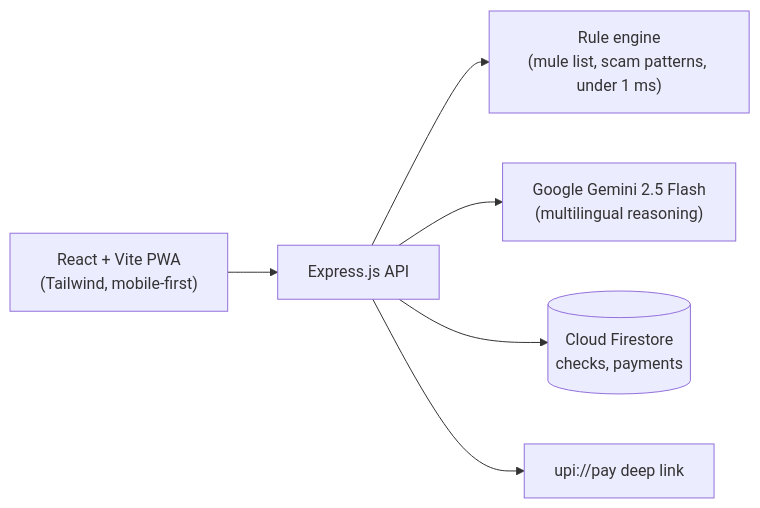
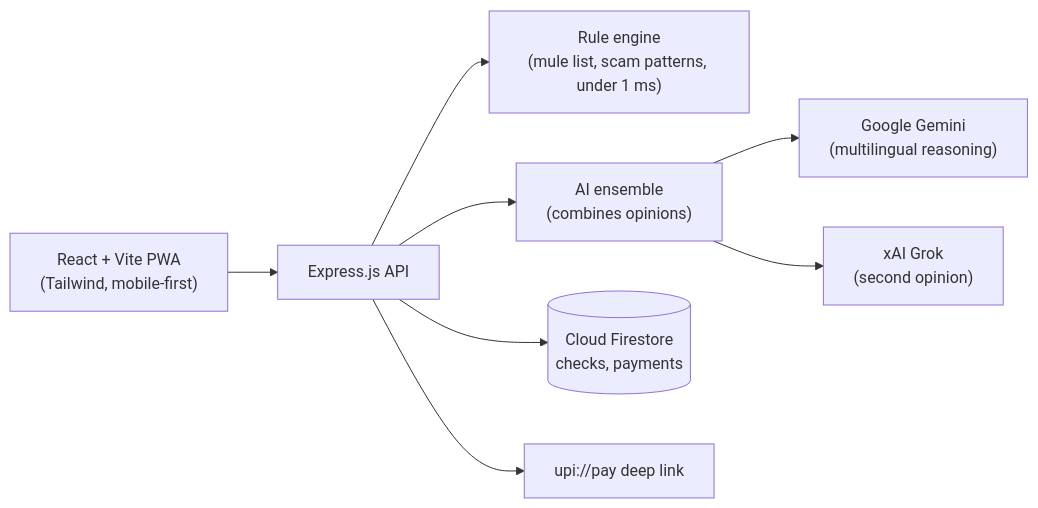
One commit to ratulexe/trustlayer changed the diagram in README.md. Above: the diagram before and after it, drawn with Mermaid. The commit also changed other lines of this file and 11 other files, not shown here.

First line of the commit message:
feat(ai): combine Gemini and xAI Grok in a parallel AI ensemble

````diff
--- a/README.md
+++ b/README.md
@@ -52,8 +52,10 @@
 ```mermaid
 flowchart LR
     PWA["React + Vite PWA<br>(Tailwind, mobile-first)"] --> Express["Express.js API"]
     Express --> RuleEngine["Rule engine<br>(mule list, scam patterns, under 1 ms)"]
-    Express --> Gemini["Google Gemini 2.5 Flash<br>(multilingual reasoning)"]
+    Express --> Ensemble["AI ensemble<br>(combines opinions)"]
+    Ensemble --> Gemini["Google Gemini<br>(multilingual reasoning)"]
+    Ensemble --> Grok["xAI Grok<br>(second opinion)"]
     Express --> Firestore[("Cloud Firestore<br>checks, payments")]
     Express --> UPILink["upi://pay deep link"]
 ```
````
